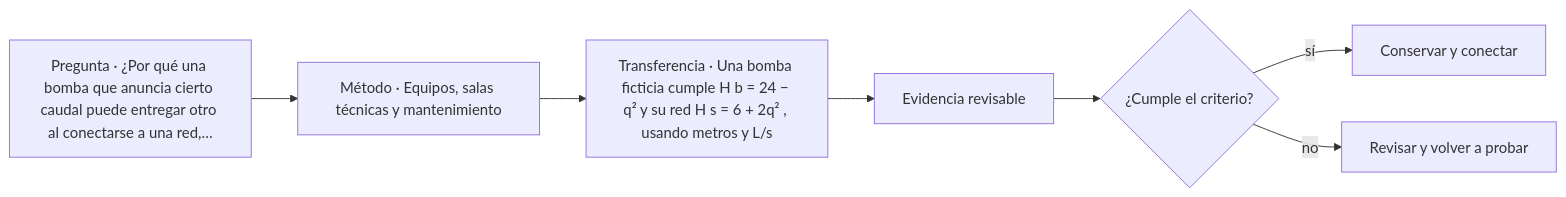
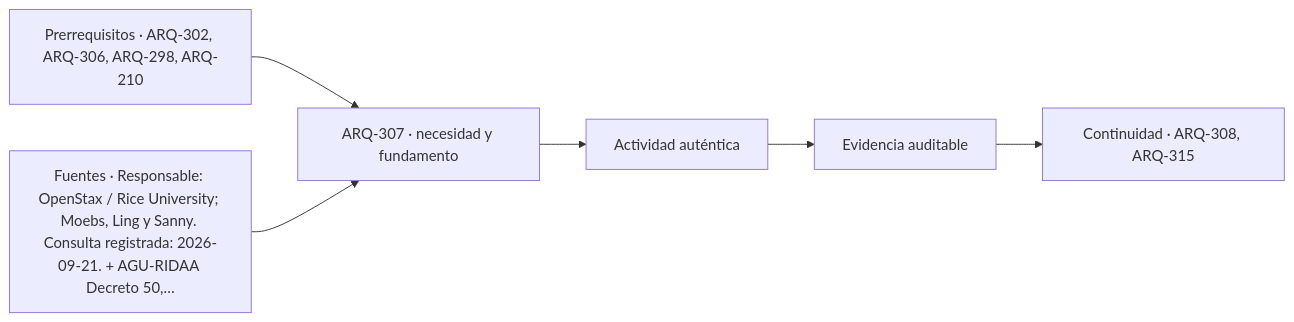
One commit to vladimiracunadev-create/architecture-built-environment-learning-program changed the diagram in classes/parte-31/ARQ-307.md. Above: the diagram before and after it, drawn with Mermaid. The commit also changed other lines of this file and 761 other files, not shown here.

````diff
--- a/classes/parte-31/ARQ-307.md
+++ b/classes/parte-31/ARQ-307.md
@@ -111,9 +123,8 @@
 ```mermaid
 flowchart LR
-    Q["Pregunta · ¿Por qué una bomba que anuncia cierto caudal puede entregar otro al conectarse a una red,…"] --> M["Método · Equipos, salas técnicas y mantenimiento"]
-    M --> P["Transferencia · Una bomba ficticia cumple H b = 24 − q² y su red H s = 6 + 2q² , usando metros y L/s"]
-    P --> E["Evidencia revisable"]
-    E --> C{"¿Cumple el criterio?"}
-    C -->|sí| T["Conservar y conectar"]
-    C -->|no| R["Revisar y volver a probar"]
+    A["Prerrequisitos · ARQ-302, ARQ-306, ARQ-298, ARQ-210"] --> B["ARQ-307 · necesidad y fundamento"]
+    S["Fuentes · Responsable: OpenStax / Rice University; Moebs, Ling y Sanny. Consulta registrada: 2026-09-21. + AGU-RIDAA Decreto 50,…"] --> B
+    B --> C["Actividad auténtica"]
+    C --> D["Evidencia auditable"]
+    D --> E["Continuidad · ARQ-308, ARQ-315"]
 ```
````
